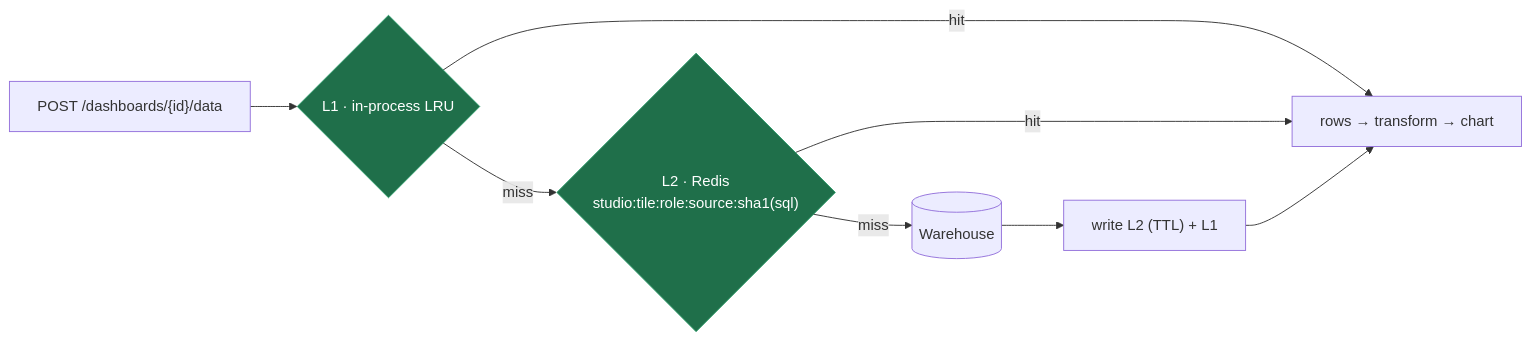
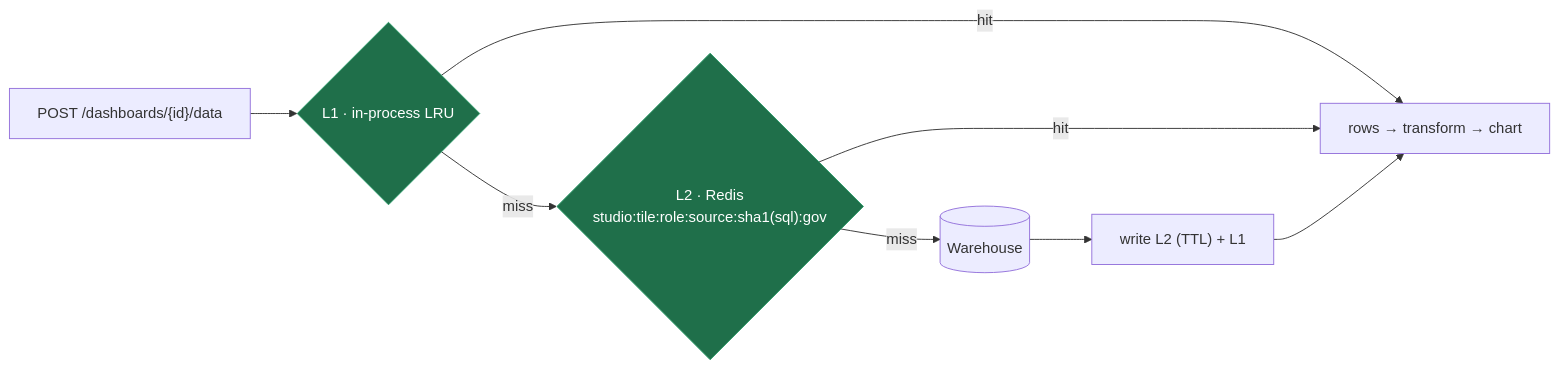
Diagram 11 of 12 in README.md (rohitkarumanchi745/studio), drawn with Mermaid before and after one commit. The commit also changed other lines of this file and 98 other files, not shown here.

````diff
--- a/README.md
+++ b/README.md
@@ -688,11 +1061,11 @@
 ```mermaid
 flowchart LR
     req["POST /dashboards/{id}/data"] --> l1{"L1 · in-process LRU"}
     l1 -->|hit| out["rows → transform → chart"]
-    l1 -->|miss| l2{"L2 · Redis<br/>studio:tile:role:source:sha1(sql)"}
+    l1 -->|miss| l2{"L2 · Redis<br/>studio:tile:role:source:sha1(sql):gov"}
     l2 -->|hit| out
     l2 -->|miss| wh[("Warehouse")]
     wh --> w["write L2 (TTL) + L1"] --> out
     classDef c fill:#1f6f4a,stroke:#2e9e6b,color:#fff
     class l1,l2 c
 ```
````
